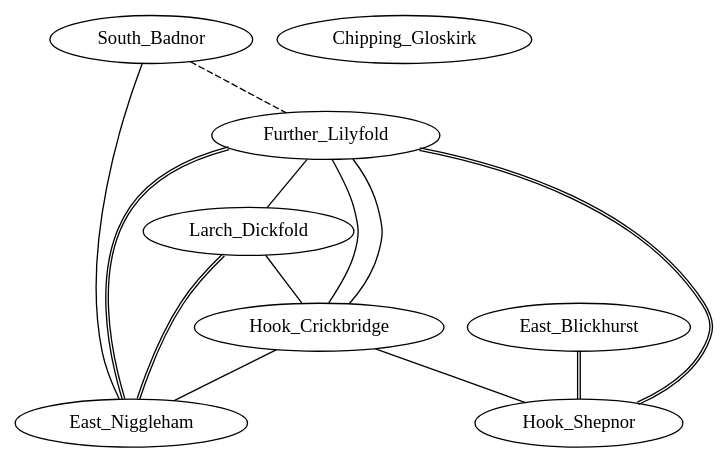
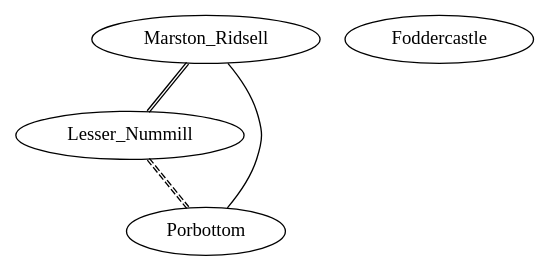
Before and after one commit to ElitePengui37/Object_Oriented_Software_Engineering_Assignment2: the diagram in OOSE Assingment 2 v2/simoutput.dot, drawn with Graphviz. The commit also changed 22 other files, not shown here.

```diff
--- a/OOSE Assingment 2 v2/simoutput.dot
+++ b/OOSE Assingment 2 v2/simoutput.dot
@@ -1,23 +1,10 @@
 graph Towns {
-	Further_Lilyfold
-	Hook_Crickbridge
-	Hook_Shepnor
-	East_Niggleham
-	South_Badnor
-	Larch_Dickfold
-	East_Blickhurst
-	Chipping_Gloskirk
+	Marston_Ridsell
+	Porbottom
+	Lesser_Nummill
+	Foddercastle
 
-	Further_Lilyfold -- Hook_Crickbridge
-	Hook_Crickbridge -- Hook_Shepnor
-	Hook_Crickbridge -- Further_Lilyfold
-	Hook_Crickbridge -- East_Niggleham
-	Hook_Shepnor -- Further_Lilyfold [color="black:black"]
-	Further_Lilyfold -- East_Niggleham [color="black:black"]
-	South_Badnor -- East_Niggleham
-	Further_Lilyfold -- Larch_Dickfold
-	Larch_Dickfold -- Hook_Crickbridge
-	Larch_Dickfold -- East_Niggleham [color="black:black"]
-	East_Blickhurst -- Hook_Shepnor [color="black:black"]
-	South_Badnor -- Further_Lilyfold [style="dashed"]
+	Porbottom -- Marston_Ridsell
+	Marston_Ridsell -- Lesser_Nummill [color="black:black"]
+	Lesser_Nummill -- Porbottom [style="dashed",color="black:black"]
 }
```
